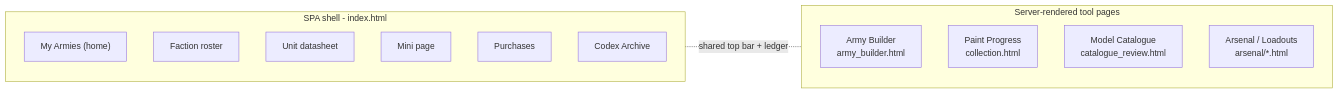
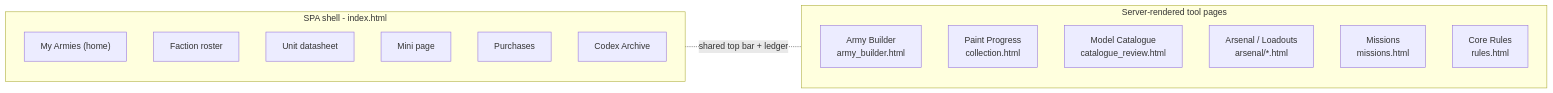
Before and after one commit to Unfunded8495/Codex-Armorum: the second of 12 diagrams in CODEX_ARMORUM_APP_MAP.md, drawn with Mermaid. The commit also changed other lines of this file and 59 other files, not shown here.

First line of the commit message:
Add Core Rules reference page; wargear/roster refinements, data-update tooling, docs

````diff
--- a/CODEX_ARMORUM_APP_MAP.md
+++ b/CODEX_ARMORUM_APP_MAP.md
@@ -92,20 +93,22 @@
 ```mermaid
 flowchart LR
     subgraph A["SPA shell - index.html"]
         direction TB
         a1["My Armies (home)"]
         a2["Faction roster"]
         a3["Unit datasheet"]
         a4["Mini page"]
         a5["Purchases"]
         a6["Codex Archive"]
     end
     subgraph B["Server-rendered tool pages"]
         direction TB
         b1["Army Builder<br/>army_builder.html"]
         b2["Paint Progress<br/>collection.html"]
         b3["Model Catalogue<br/>catalogue_review.html"]
         b4["Arsenal / Loadouts<br/>arsenal/*.html"]
+        b5["Missions<br/>missions.html"]
+        b6["Core Rules<br/>rules.html"]
     end
     A -.shared top bar + ledger.- B
 ```
````
